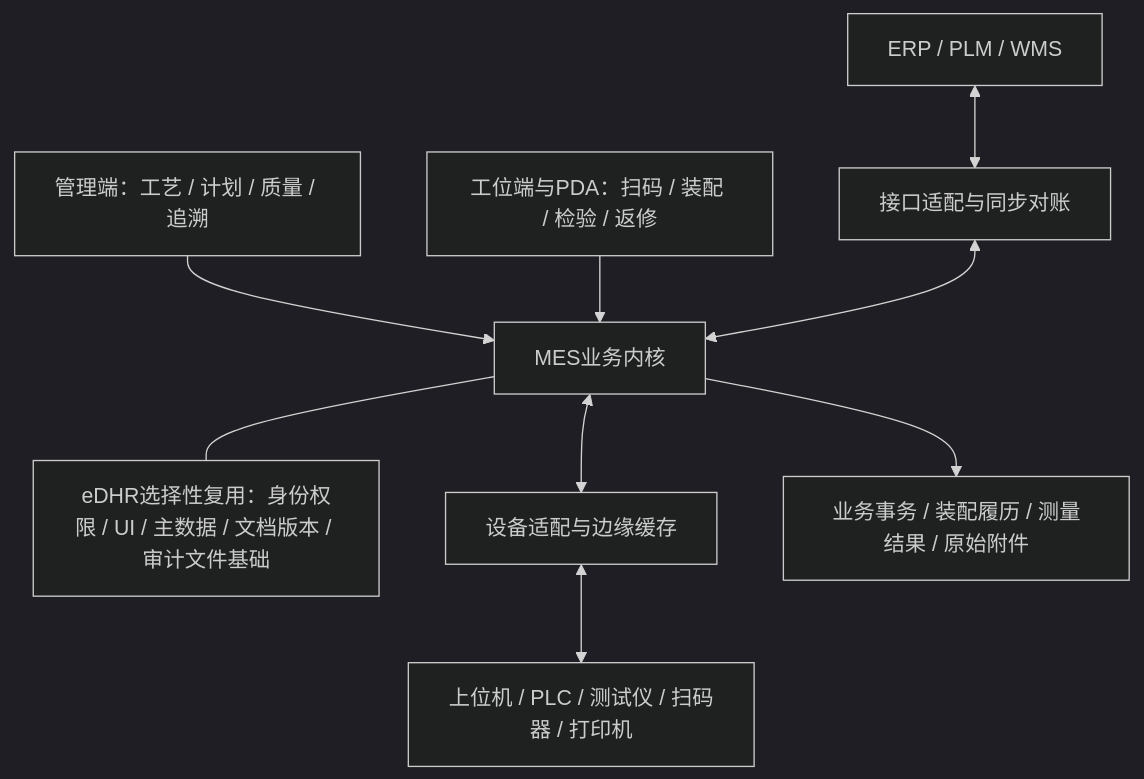
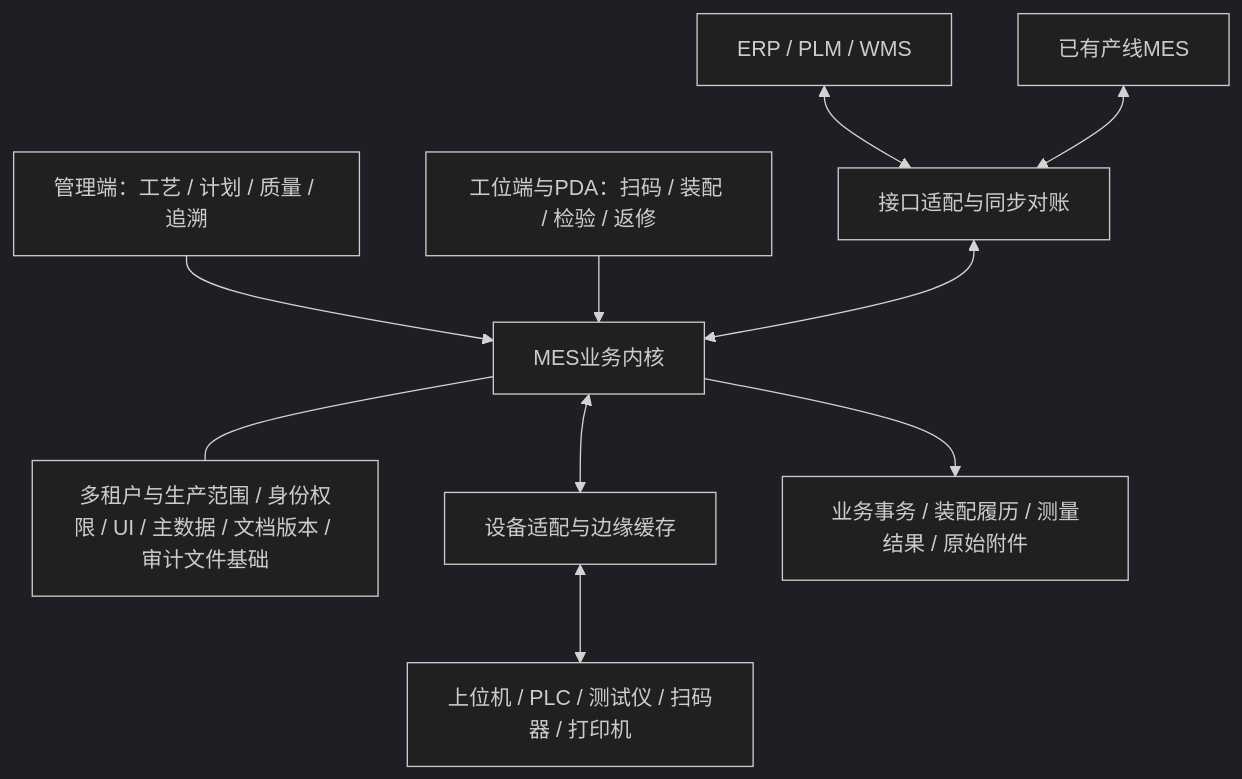
The second of 2 diagrams in docs/product/blueprint.md (IvenYi/Module-PACK-system), drawn with Mermaid (dark theme) before and after one commit. The commit also changed other lines of this file and 9 other files, not shown here.

````diff
--- a/docs/product/blueprint.md
+++ b/docs/product/blueprint.md
@@ -26,11 +70,12 @@
 ```mermaid
 flowchart TB
     ERP[ERP / PLM / WMS] <--> INTEGRATION[接口适配与同步对账]
+    LINE_MES[已有产线MES] <--> INTEGRATION
     MANAGEMENT[管理端：工艺 / 计划 / 质量 / 追溯] --> CORE
     STATION[工位端与PDA：扫码 / 装配 / 检验 / 返修] --> CORE
     INTEGRATION <--> CORE[MES业务内核]
-    CORE --- BASE[eDHR选择性复用：身份权限 / UI / 主数据 / 文档版本 / 审计文件基础]
+    CORE --- BASE[多租户与生产范围 / 身份权限 / UI / 主数据 / 文档版本 / 审计文件基础]
     CORE <--> EDGE[设备适配与边缘缓存]
     EDGE <--> MACHINE[上位机 / PLC / 测试仪 / 扫码器 / 打印机]
     CORE --> DATA[业务事务 / 装配履历 / 测量结果 / 原始附件]
 ```
````
